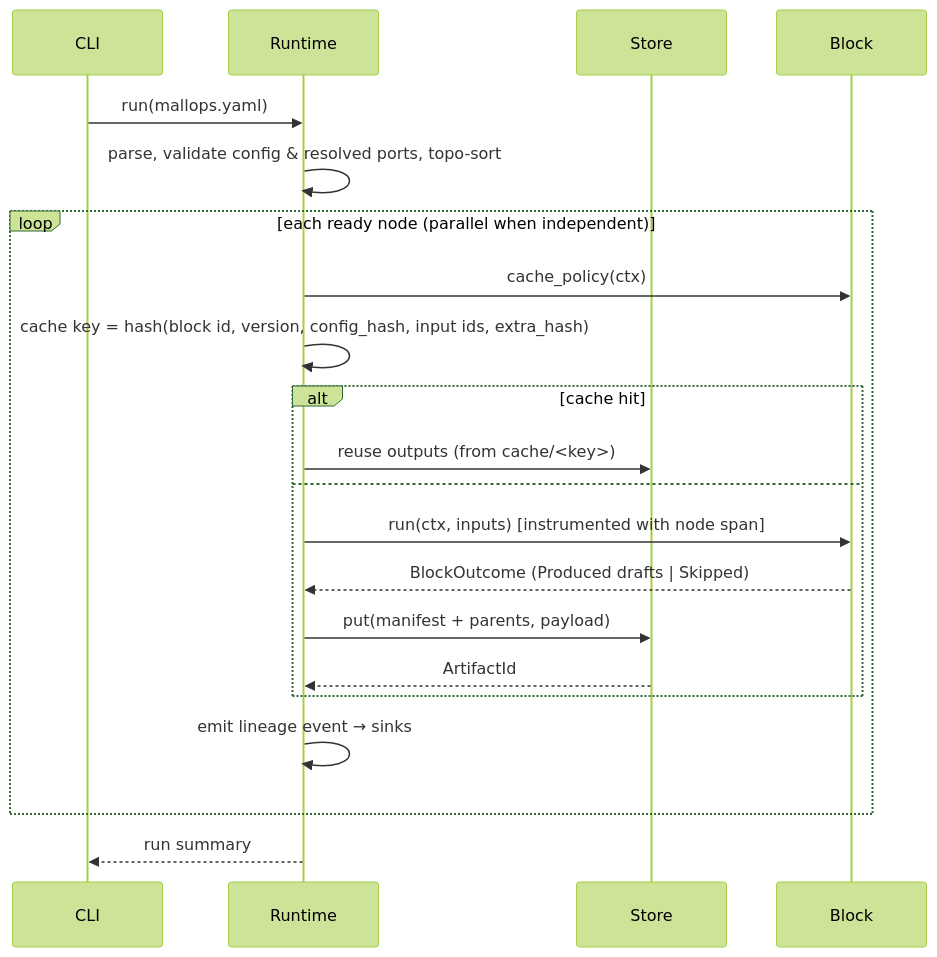
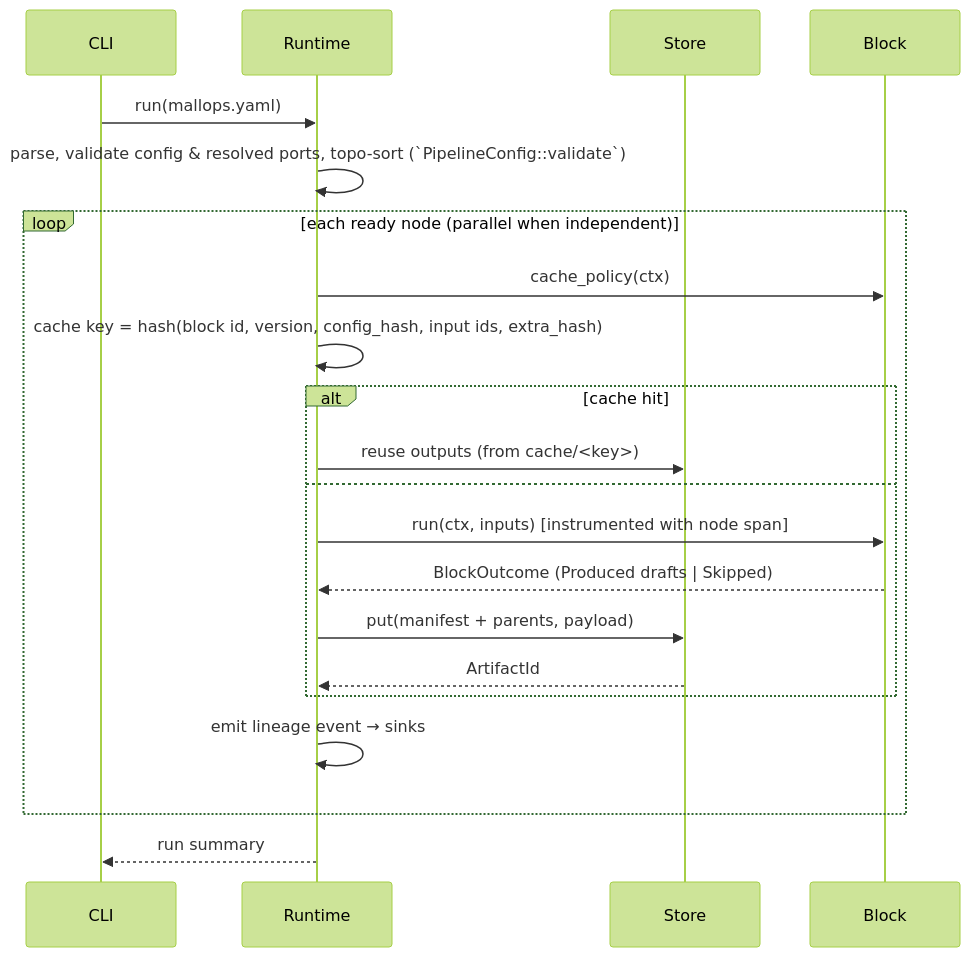
One commit to bighands2304/mallops changed the second of 5 diagrams in docs/ARCHITECTURE.md. Above: the diagram before and after it, drawn with Mermaid (forest theme). The commit also changed other lines of this file and 1 other file, not shown here.

Commit message:
docs: describe pipeline validation and PipelineBuilder (#6)

````diff
--- a/docs/ARCHITECTURE.md
+++ b/docs/ARCHITECTURE.md
@@ -162,23 +163,23 @@
 ```mermaid
 sequenceDiagram
     participant CLI
     participant Core as Runtime
     participant Store
     participant B as Block
     CLI->>Core: run(mallops.yaml)
-    Core->>Core: parse, validate config & resolved ports, topo-sort
+    Core->>Core: parse, validate config & resolved ports, topo-sort (`PipelineConfig::validate`)
     loop each ready node (parallel when independent)
         Core->>B: cache_policy(ctx)
         Core->>Core: cache key = hash(block id, version, config_hash, input ids, extra_hash)
         alt cache hit
             Core->>Store: reuse outputs (from cache/<key>)
         else
             Core->>B: run(ctx, inputs) [instrumented with node span]
             B-->>Core: BlockOutcome (Produced drafts | Skipped)
             Core->>Store: put(manifest + parents, payload)
             Store-->>Core: ArtifactId
         end
         Core->>Core: emit lineage event → sinks
     end
     Core-->>CLI: run summary
 ```
````
